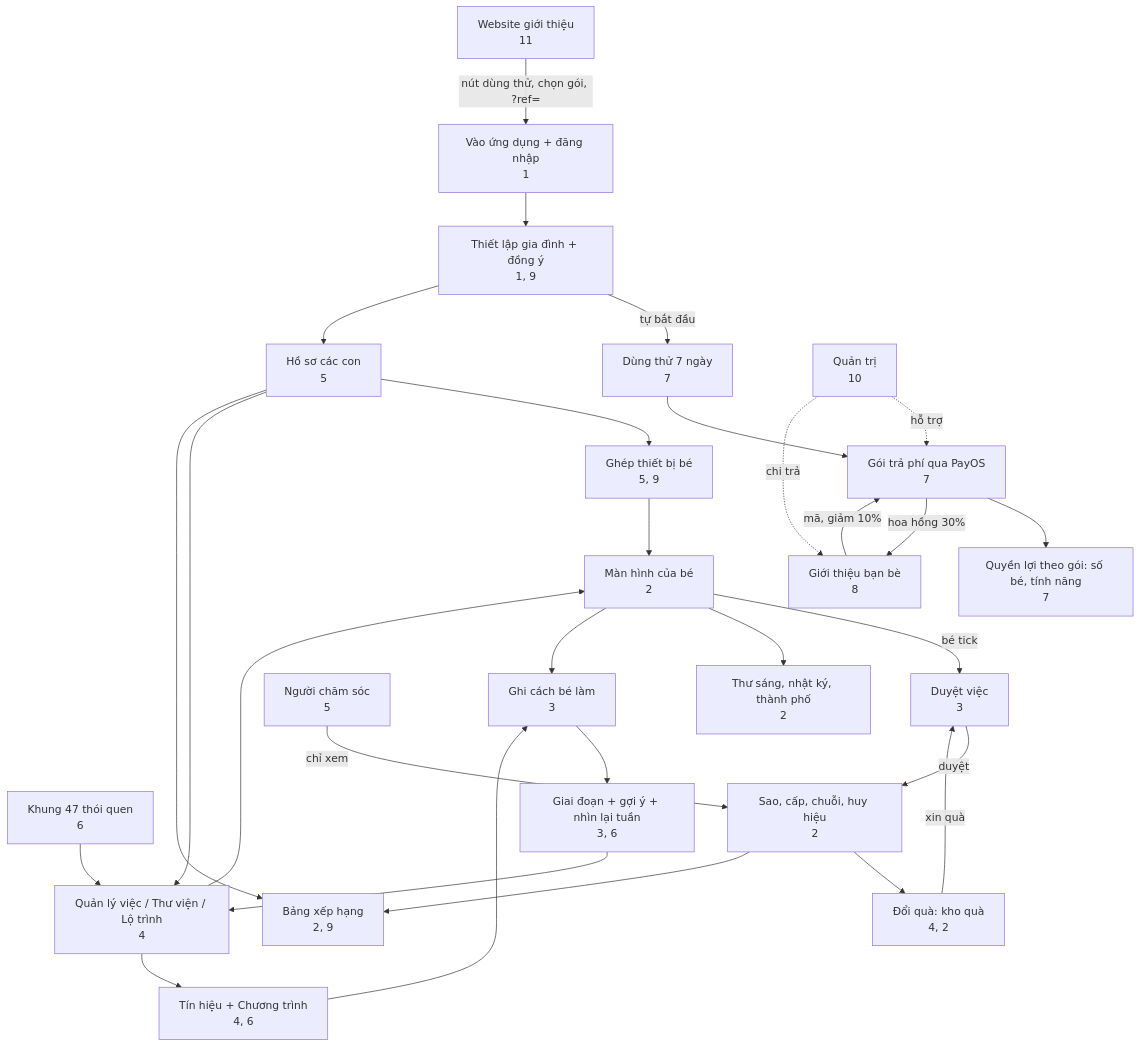
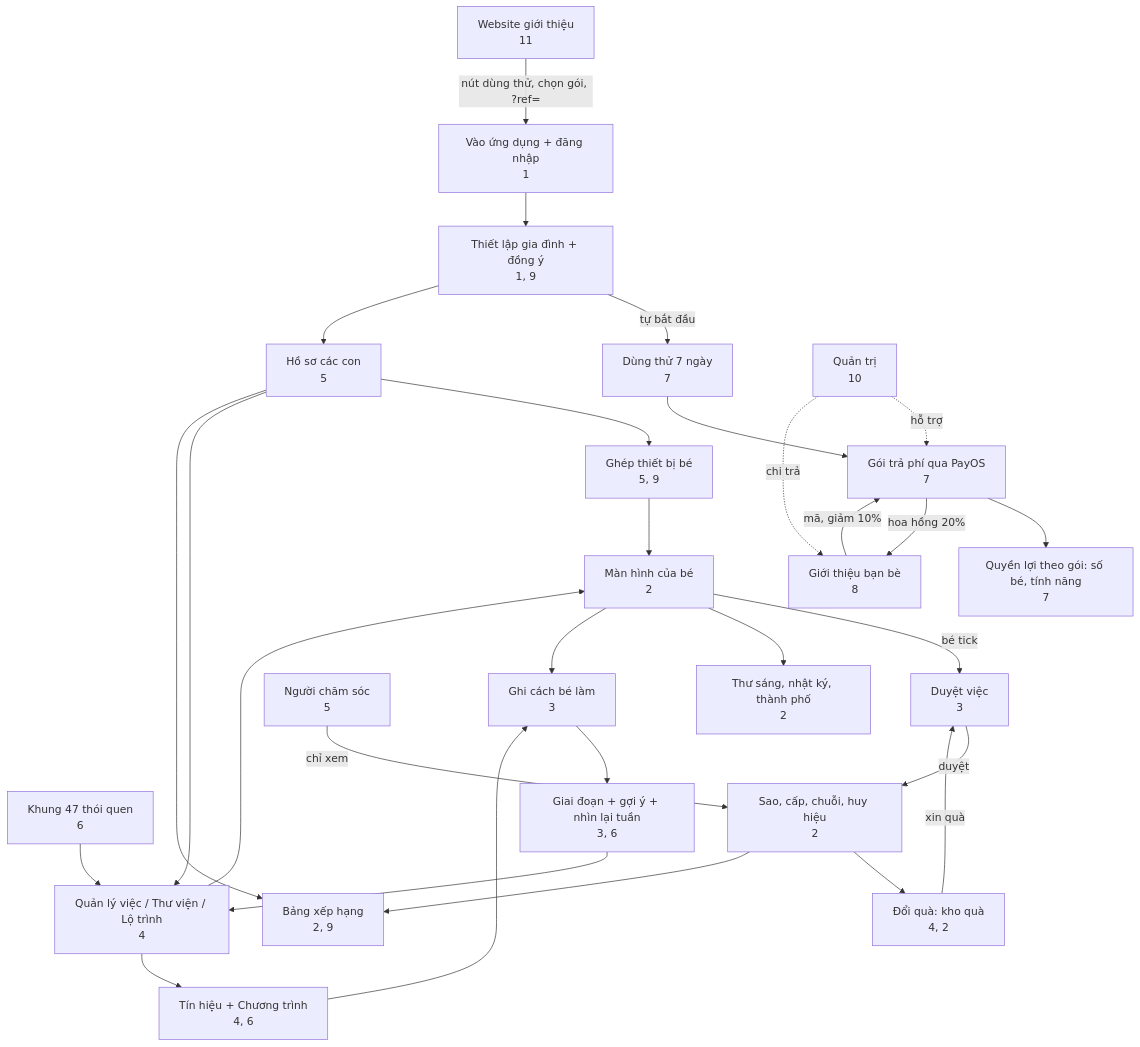
Before and after one commit to vanhoa2191/goodhabittracking: the diagram in docs/huong-dan/12-ban-do-lien-ket.md, drawn with Mermaid. The commit also changed 68 other files, not shown here.

````diff
--- a/docs/huong-dan/12-ban-do-lien-ket.md
+++ b/docs/huong-dan/12-ban-do-lien-ket.md
@@ -14,31 +14,31 @@
 ```mermaid
 flowchart TD
   W[Website giới thiệu<br/>11] -->|"nút dùng thử, chọn gói, ?ref="| E[Vào ứng dụng + đăng nhập<br/>1]
   E --> S[Thiết lập gia đình + đồng ý<br/>1, 9]
   S -->|tự bắt đầu| T[Dùng thử 7 ngày<br/>7]
   T --> P[Gói trả phí qua PayOS<br/>7]
   P --> G[Quyền lợi theo gói: số bé, tính năng<br/>7]
   S --> C[Hồ sơ các con<br/>5]
   C --> D[Ghép thiết bị bé<br/>5, 9]
   C --> H[Quản lý việc / Thư viện / Lộ trình<br/>4]
   K[Khung 47 thói quen<br/>6] --> H
   H --> Q[Tín hiệu + Chương trình<br/>4, 6]
   H --> B[Màn hình của bé<br/>2]
   D --> B
   B -->|bé tick| A[Duyệt việc<br/>3]
   A -->|duyệt| ST[Sao, cấp, chuỗi, huy hiệu<br/>2]
   ST --> R[Đổi quà: kho quà<br/>4, 2]
   R -->|xin quà| A
   B --> M[Thư sáng, nhật ký, thành phố<br/>2]
   Q --> I[Ghi cách bé làm<br/>3]
   B --> I
   I --> SG[Giai đoạn + gợi ý + nhìn lại tuần<br/>3, 6]
   SG --> H
   ST --> LB[Bảng xếp hạng<br/>2, 9]
   C --> LB
   F[Giới thiệu bạn bè<br/>8] -->|"mã, giảm 10%"| P
-  P -->|hoa hồng 30%| F
+  P -->|hoa hồng 20%| F
   AD[Quản trị<br/>10] -. "hỗ trợ" .-> P
   AD -. "chi trả" .-> F
   CG[Người chăm sóc<br/>5] -->|chỉ xem| ST
 ```
````
